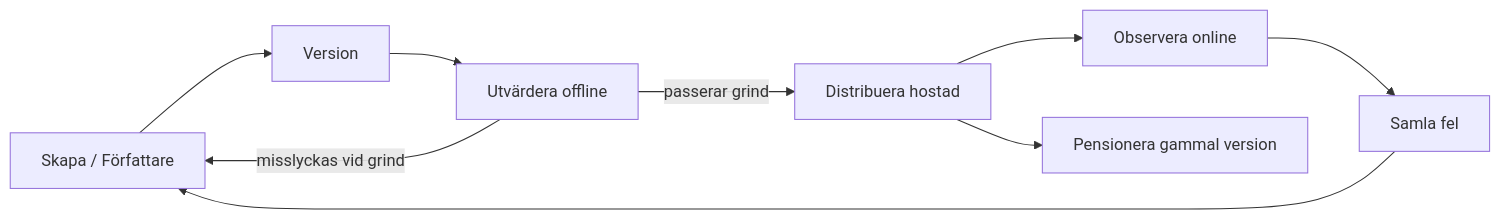
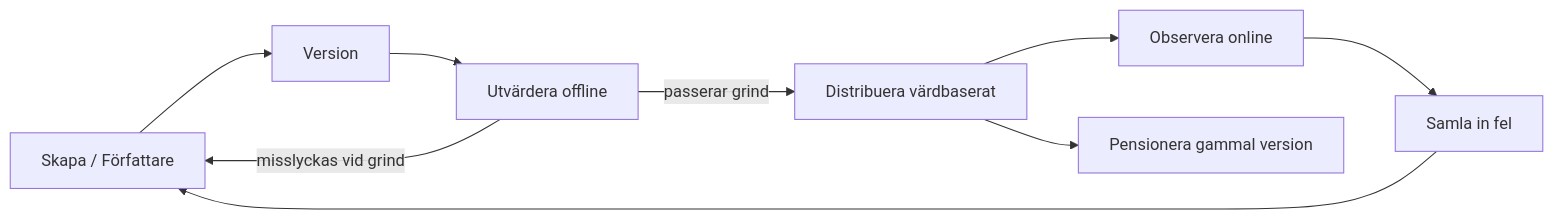
One commit to gabrielmoreira/agent-skills-mirror changed the second of 4 diagrams in mirrors/repos/microsoft@ai-agents-for-beginners/translations/sv/16-deploying-scalable-agents/README.md. Above: the diagram before and after it, drawn with Mermaid. The commit also changed other lines of this file and 4262 other files, not shown here.

````diff
--- a/mirrors/repos/microsoft@ai-agents-for-beginners/translations/sv/16-deploying-scalable-agents/README.md
+++ b/mirrors/repos/microsoft@ai-agents-for-beginners/translations/sv/16-deploying-scalable-agents/README.md
@@ -108,11 +108,11 @@
 ```mermaid
 flowchart LR
     Create[Skapa / Författare] --> Version[Version]
     Version --> Evaluate[Utvärdera offline]
-    Evaluate -->|passerar grind| Deploy[Distribuera hostad]
+    Evaluate -->|passerar grind| Deploy[Distribuera värdbaserat]
     Evaluate -->|misslyckas vid grind| Create
     Deploy --> Observe[Observera online]
-    Observe --> Improve[Samla fel]
+    Observe --> Improve[Samla in fel]
     Improve --> Create
     Deploy --> Retire[Pensionera gammal version]
 ```
````
